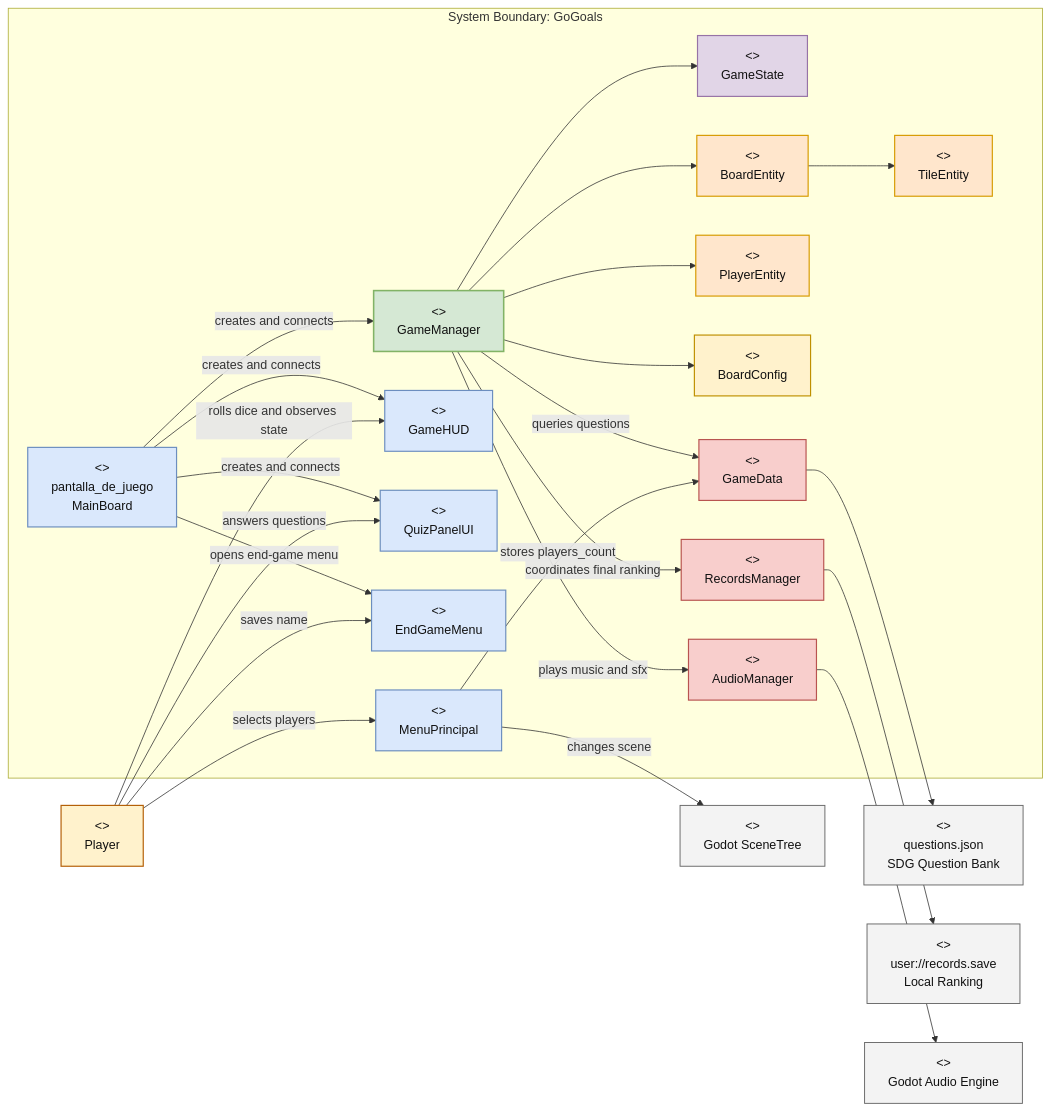
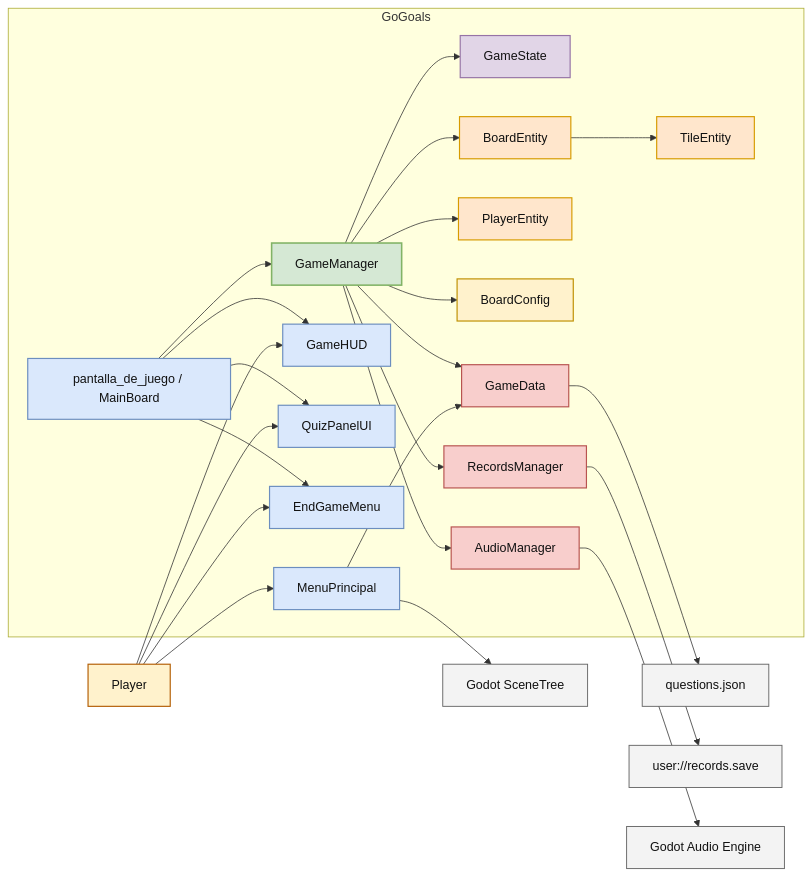
The diagram in docs/ARCHITECTURE.md (rmc03/GoGoals-Board-Videogame), drawn with Mermaid before and after one commit. The commit also changed other lines of this file and 2 other files, not shown here.

````diff
--- a/docs/ARCHITECTURE.md
+++ b/docs/ARCHITECTURE.md
@@ -25,62 +103,62 @@
 ```mermaid
 flowchart LR
-    player["<<Actor>>\nPlayer"]:::actor
-    questions["<<External Data>>\nquestions.json\nSDG Question Bank"]:::external
-    records["<<External Storage>>\nuser://records.save\nLocal Ranking"]:::external
-    audio_engine["<<Platform Service>>\nGodot Audio Engine"]:::external
-    scene_tree["<<Platform Runtime>>\nGodot SceneTree"]:::external
+    player["Player"]:::actor
+    questions["questions.json"]:::external
+    records["user://records.save"]:::external
+    audio["Godot Audio Engine"]:::external
+    tree["Godot SceneTree"]:::external
 
-    subgraph system["System Boundary: GoGoals"]
-        menu["<<UI Scene>>\nMenuPrincipal"]:::ui
-        board_scene["<<UI Scene>>\npantalla_de_juego\nMainBoard"]:::ui
-        hud["<<UI Component>>\nGameHUD"]:::ui
-        quiz["<<UI Component>>\nQuizPanelUI"]:::ui
-        endgame["<<UI Scene>>\nEndGameMenu"]:::ui
+    subgraph system["GoGoals"]
+        menu["MenuPrincipal"]:::ui
+        board_scene["pantalla_de_juego / MainBoard"]:::ui
+        hud["GameHUD"]:::ui
+        quiz["QuizPanelUI"]:::ui
+        endgame["EndGameMenu"]:::ui
 
-        manager["<<Application Core>>\nGameManager"]:::core
-        state["<<State Model>>\nGameState"]:::state
-        board["<<Domain Model>>\nBoardEntity"]:::domain
-        tile["<<Domain Model>>\nTileEntity"]:::domain
-        token["<<Domain Model>>\nPlayerEntity"]:::domain
-        config["<<Config>>\nBoardConfig"]:::config
+        manager["GameManager"]:::core
+        state["GameState"]:::state
+        board["BoardEntity"]:::domain
+        tile["TileEntity"]:::domain
+        token["PlayerEntity"]:::domain
+        config["BoardConfig"]:::config
 
-        gdata["<<Autoload Service>>\nGameData"]:::service
-        ranking["<<Autoload Service>>\nRecordsManager"]:::service
-        sound["<<Autoload Service>>\nAudioManager"]:::service
+        gdata["GameData"]:::service
+        ranking["RecordsManager"]:::service
+        sound["AudioManager"]:::service
     end
 
-    player -->|"selects players"| menu
-    player -->|"rolls dice and observes state"| hud
-    player -->|"answers questions"| quiz
-    player -->|"saves name"| endgame
+    player --> menu
+    player --> hud
+    player --> quiz
+    player --> endgame
 
-    menu -->|"changes scene"| scene_tree
-    menu -->|"stores players_count"| gdata
+    menu --> tree
+    menu --> gdata
 
-    board_scene -->|"creates and connects"| manager
-    board_scene -->|"creates and connects"| hud
-    board_scene -->|"creates and connects"| quiz
-    board_scene -->|"opens end-game menu"| endgame
+    board_scene --> manager
+    board_scene --> hud
+    board_scene --> quiz
+    board_scene --> endgame
 
-    manager -->|"queries questions"| gdata
-    manager -->|"coordinates final ranking"| ranking
-    manager -->|"plays music and sfx"| sound
+    manager --> gdata
+    manager --> ranking
+    manager --> sound
     manager --> state
     manager --> board
     board --> tile
     manager --> token
     manager --> config
 
     gdata --> questions
     ranking --> records
-    sound --> audio_engine
+    sound --> audio
 
-    classDef actor fill:#fff2cc,stroke:#b45f06,color:#111,stroke-width:1.5px;
-    classDef external fill:#f3f3f3,stroke:#666,color:#111,stroke-width:1.2px;
-    classDef ui fill:#dae8fc,stroke:#6c8ebf,color:#111,stroke-width:1.5px;
-    classDef core fill:#d5e8d4,stroke:#82b366,color:#111,stroke-width:2px;
-    classDef state fill:#e1d5e7,stroke:#9673a6,color:#111,stroke-width:1.5px;
-    classDef domain fill:#ffe6cc,stroke:#d79b00,color:#111,stroke-width:1.5px;
-    classDef service fill:#f8cecc,stroke:#b85450,color:#111,stroke-width:1.5px;
-    classDef config fill:#fff2cc,stroke:#bf9000,color:#111,stroke-width:1.5px;
+    classDef actor fill:#fff2cc,stroke:#b45f06,color:#111,stroke-width:1.5px
+    classDef external fill:#f3f3f3,stroke:#666,color:#111,stroke-width:1.2px
+    classDef ui fill:#dae8fc,stroke:#6c8ebf,color:#111,stroke-width:1.5px
+    classDef core fill:#d5e8d4,stroke:#82b366,color:#111,stroke-width:2px
+    classDef state fill:#e1d5e7,stroke:#9673a6,color:#111,stroke-width:1.5px
+    classDef domain fill:#ffe6cc,stroke:#d79b00,color:#111,stroke-width:1.5px
+    classDef service fill:#f8cecc,stroke:#b85450,color:#111,stroke-width:1.5px
+    classDef config fill:#fff2cc,stroke:#bf9000,color:#111,stroke-width:1.5px
 ```
````
